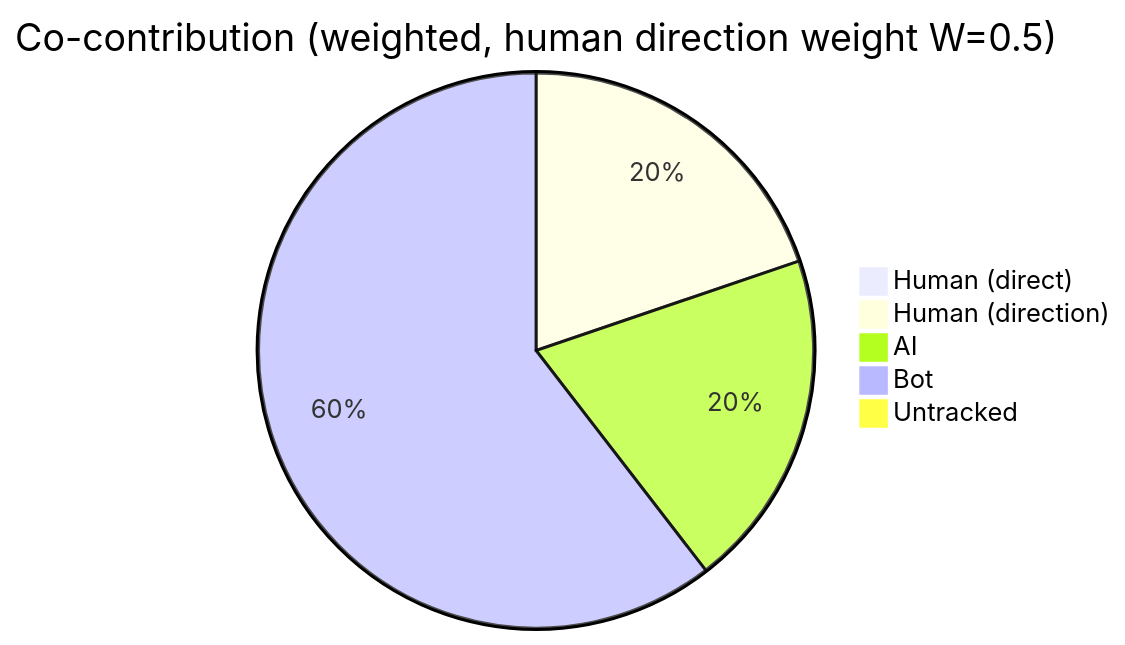
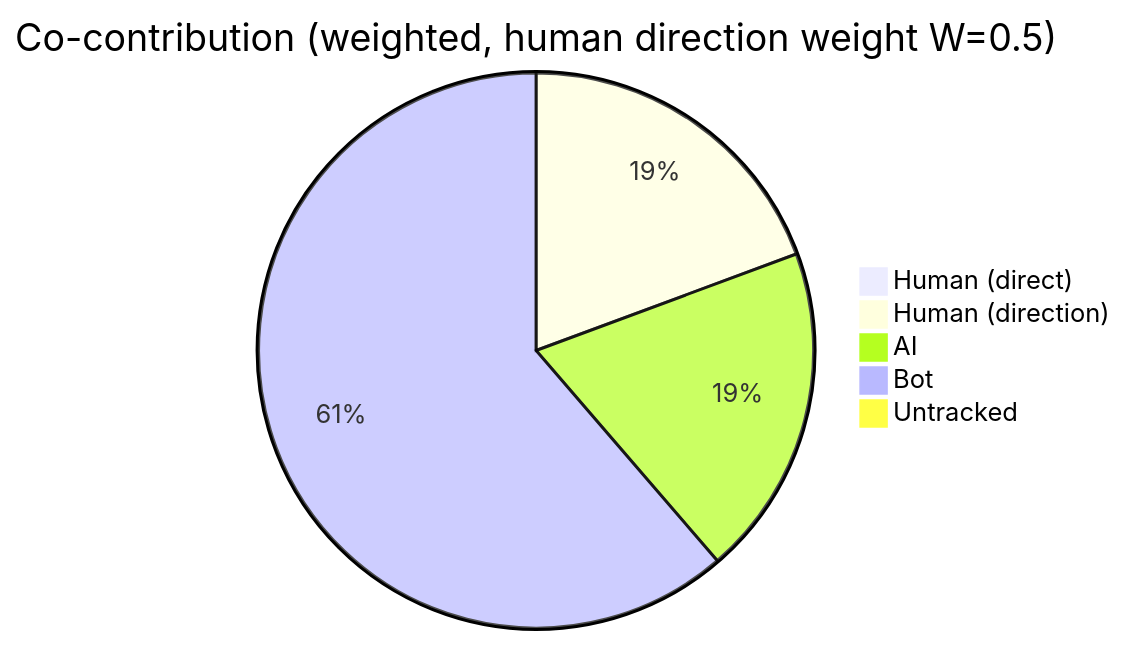
The first of 4 diagrams in AI-AUTHORSHIP.md (CaliMark/ai-authorship), drawn with Mermaid before and after one commit. The commit also changed other lines of this file and 1 other file, not shown here.

````diff
--- a/AI-AUTHORSHIP.md
+++ b/AI-AUTHORSHIP.md
@@ -23,8 +23,8 @@
 ```mermaid
 pie title Co-contribution (weighted, human direction weight W=0.5)
     "Human (direct)" : 0
-    "Human (direction)" : 910
-    "AI" : 909
-    "Bot" : 2782
+    "Human (direction)" : 896
+    "AI" : 895
+    "Bot" : 2840
     "Untracked" : 0
 ```
````
